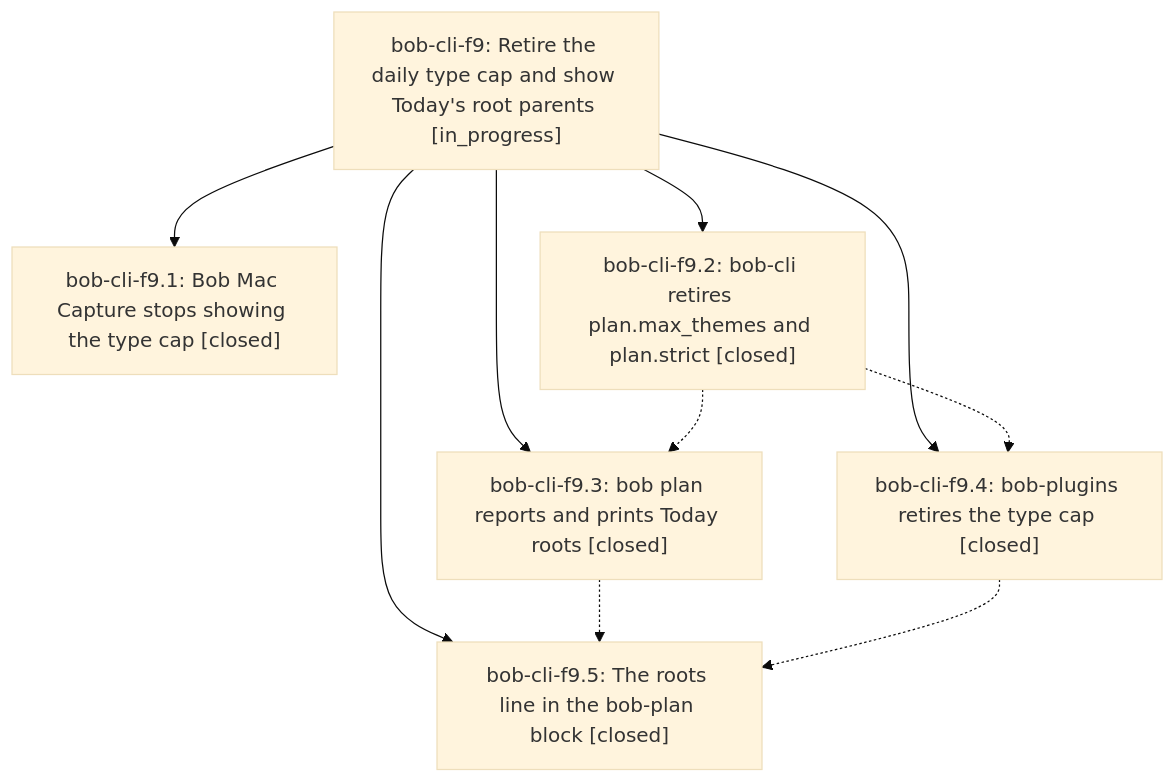
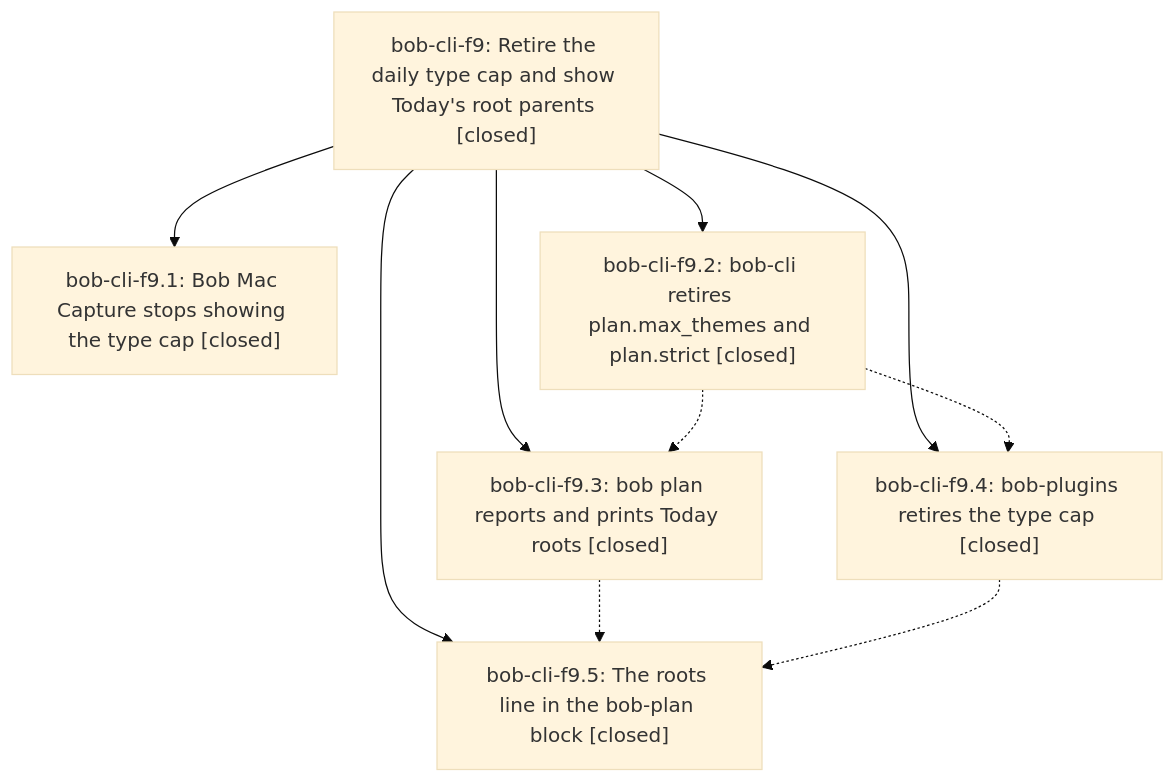
One commit to bobs-org/bob-cli--beads changed the diagram in pages/bob-cli-f9/README.md. Above: the diagram before and after it, drawn with Mermaid (base theme). The commit also changed other lines of this file and 3 other files, not shown here.

First line of the commit message:
chore(beads): sync bead state and pages for bob-cli-f9

````diff
--- a/pages/bob-cli-f9/README.md
+++ b/pages/bob-cli-f9/README.md
@@ -38,18 +54,18 @@
 ```mermaid
 flowchart TD
-    n0["bob-cli-f9: Retire the daily type cap and show Today's root parents [in_progress]"]
+    n0["bob-cli-f9: Retire the daily type cap and show Today's root parents [closed]"]
     n1["bob-cli-f9.1: Bob Mac Capture stops showing the type cap [closed]"]
     n2["bob-cli-f9.2: bob-cli retires plan.max_themes and plan.strict [closed]"]
     n3["bob-cli-f9.3: bob plan reports and prints Today roots [closed]"]
     n4["bob-cli-f9.4: bob-plugins retires the type cap [closed]"]
     n5["bob-cli-f9.5: The roots line in the bob-plan block [closed]"]
     n0 --> n1
     n0 --> n2
     n0 --> n3
     n0 --> n4
     n0 --> n5
     n2 -.-> n3
     n2 -.-> n4
     n3 -.-> n5
     n4 -.-> n5
 ```
````
